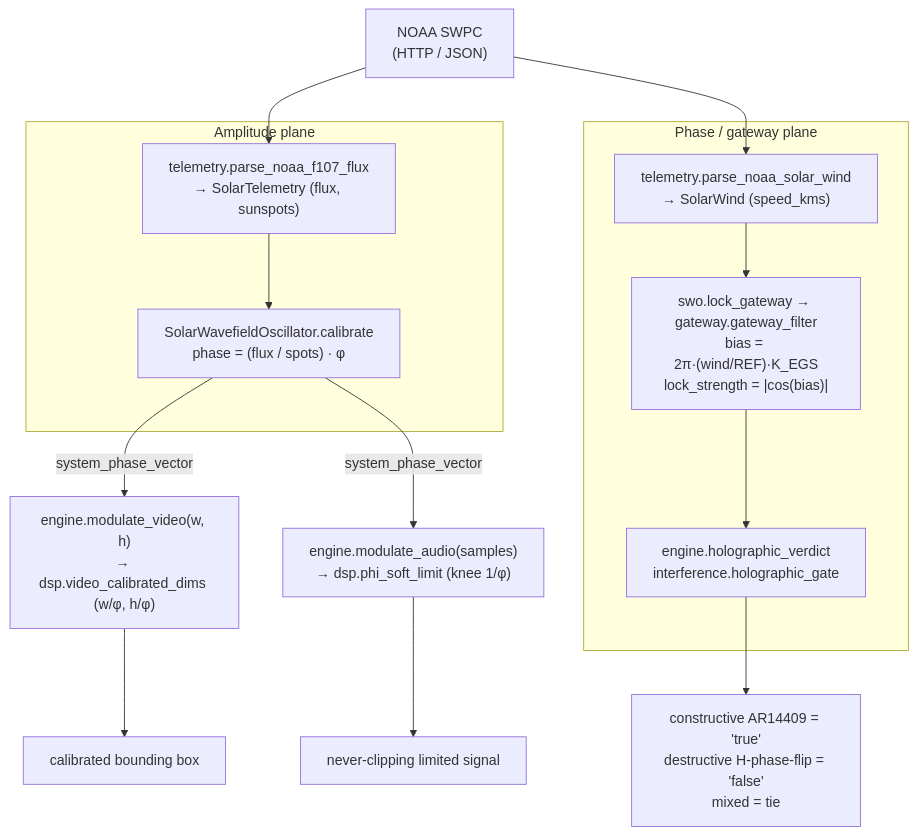
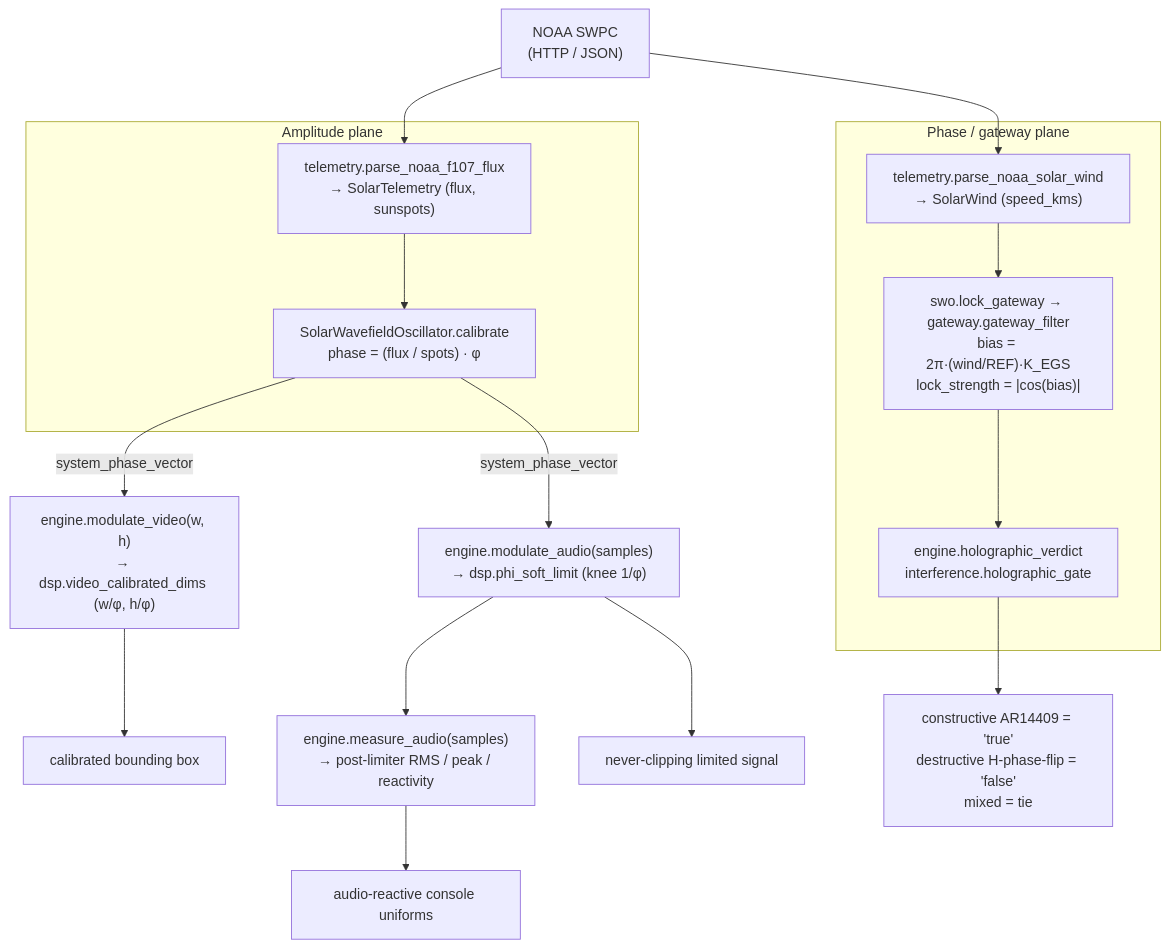
The diagram in docs/architecture.md (docxology/SynthOBS), drawn with Mermaid before and after one commit. The commit also changed other lines of this file and 50 other files, not shown here.

````diff
--- a/docs/architecture.md
+++ b/docs/architecture.md
@@ -104,27 +119,29 @@
 ```mermaid
 flowchart TB
     NOAA["NOAA SWPC<br/>(HTTP / JSON)"]
 
     subgraph AMP["Amplitude plane"]
         TEL["telemetry.parse_noaa_f107_flux<br/>→ SolarTelemetry (flux, sunspots)"]
         SWO["SolarWavefieldOscillator.calibrate<br/>phase = (flux / spots) · φ"]
         TEL --> SWO
     end
 
     subgraph PHASE["Phase / gateway plane"]
         WIND["telemetry.parse_noaa_solar_wind<br/>→ SolarWind (speed_kms)"]
         GATE["swo.lock_gateway → gateway.gateway_filter<br/>bias = 2π·(wind/REF)·K_EGS<br/>lock_strength = |cos(bias)|"]
         HOLO["engine.holographic_verdict<br/>interference.holographic_gate"]
         WIND --> GATE --> HOLO
     end
 
     NOAA --> TEL
     NOAA --> WIND
 
     SWO -->|system_phase_vector| VID["engine.modulate_video(w, h)<br/>→ dsp.video_calibrated_dims (w/φ, h/φ)"]
     SWO -->|system_phase_vector| AUD["engine.modulate_audio(samples)<br/>→ dsp.phi_soft_limit (knee 1/φ)"]
+    AUD --> ENV["engine.measure_audio(samples)<br/>→ post-limiter RMS / peak / reactivity"]
 
     VID --> BOX["calibrated bounding box"]
     AUD --> SIG["never-clipping limited signal"]
+    ENV --> AUV["audio-reactive console uniforms"]
     HOLO --> VERDICT["constructive AR14409 = 'true'<br/>destructive H-phase-flip = 'false'<br/>mixed = tie"]
 ```
````
